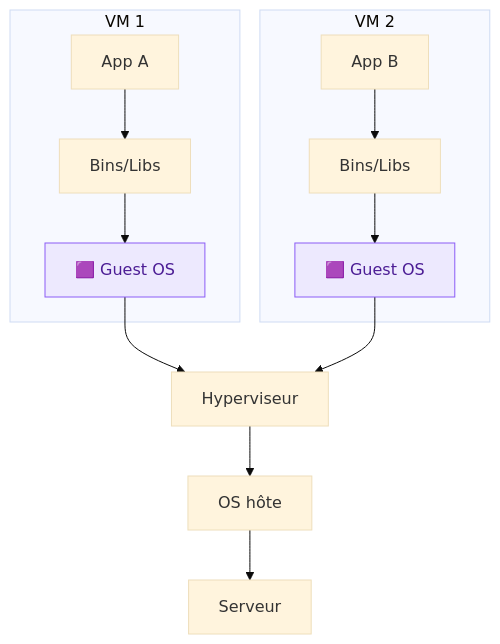
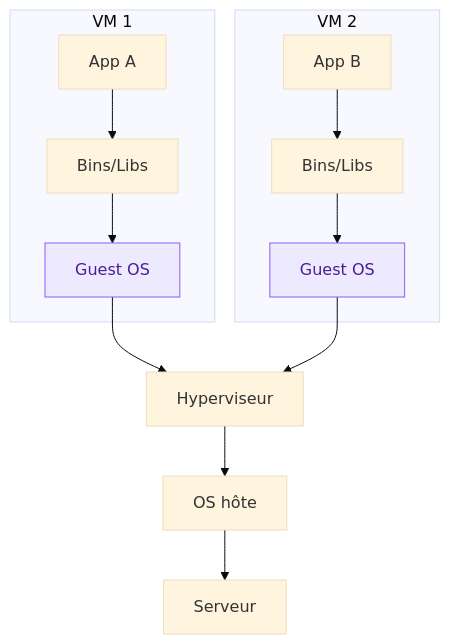
Before and after one commit to GoobyWoobies/HEIA-IT: the third of 5 diagrams in methodologie-securite-it/docker/01-introduction.md, drawn with Mermaid (base theme). The commit also changed other lines of this file and 24 other files, not shown here.

````diff
--- a/methodologie-securite-it/docker/01-introduction.md
+++ b/methodologie-securite-it/docker/01-introduction.md
@@ -134,15 +134,15 @@
 ```mermaid
 flowchart TB
     subgraph VM1["VM 1"]
-        A1["App A"] --> B1["Bins/Libs"] --> G1["🟪 Guest OS"]
+        A1["App A"] --> B1["Bins/Libs"] --> G1["Guest OS"]
     end
     subgraph VM2["VM 2"]
-        A2["App B"] --> B2["Bins/Libs"] --> G2["🟪 Guest OS"]
+        A2["App B"] --> B2["Bins/Libs"] --> G2["Guest OS"]
     end
     G1 --> H["Hyperviseur"]
     G2 --> H
     H --> OS["OS hôte"] --> S["Serveur"]
 
     style G1 fill:#ede9fe,stroke:#8b5cf6,color:#4c1d95
     style G2 fill:#ede9fe,stroke:#8b5cf6,color:#4c1d95
 ```
````
